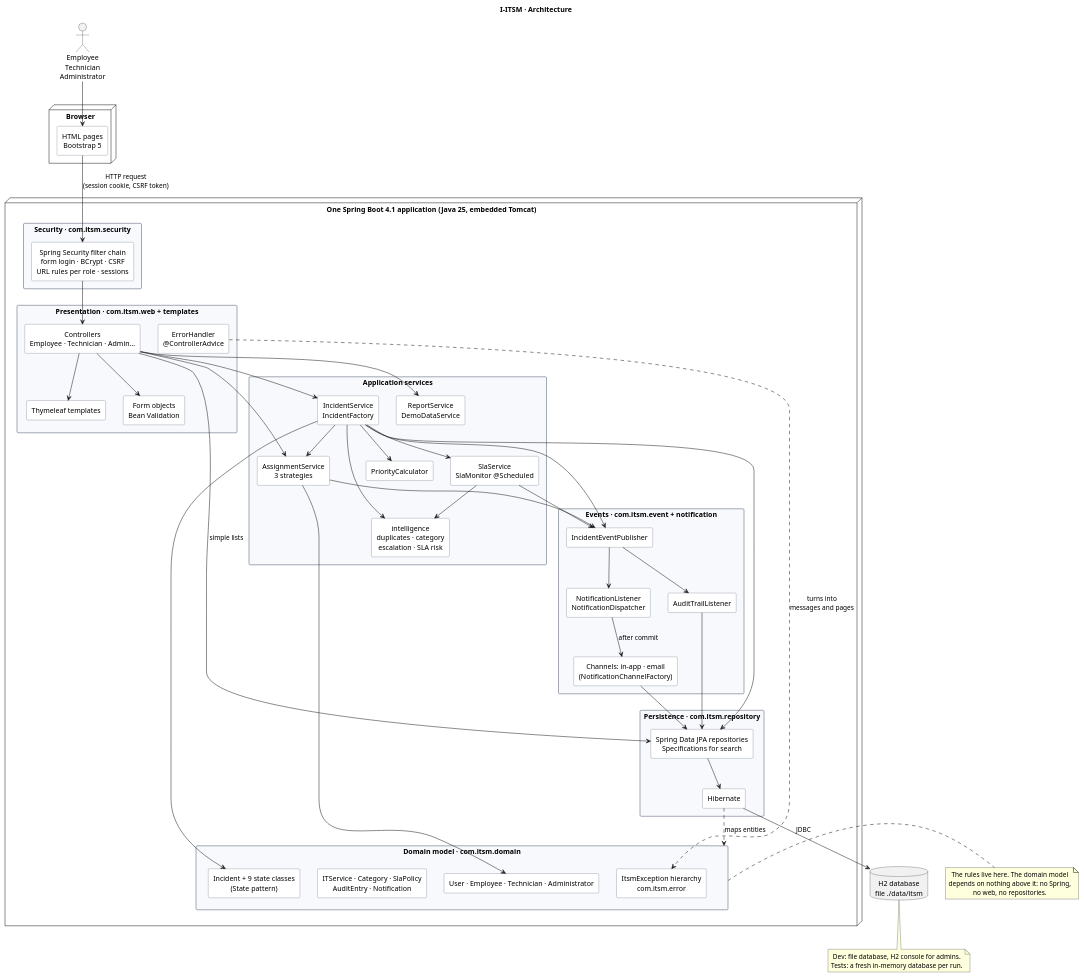
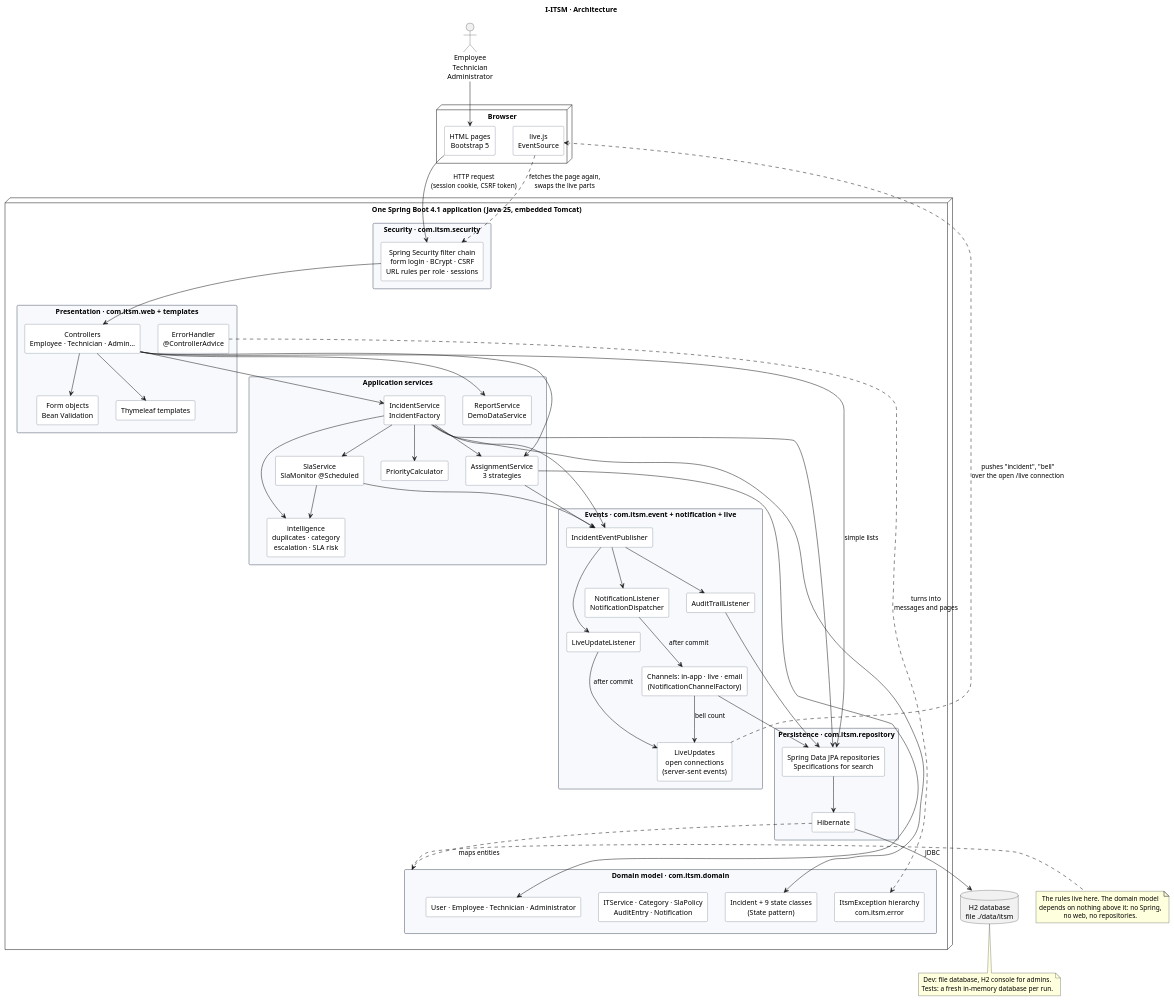
Before and after one commit to PresidentOfBirTawil/itsm: the diagram in docs/diagrams/architecture.puml, drawn with PlantUML. The commit also changed 37 other files, not shown here.

First line of the commit message:
Add live updates with server-sent events

```diff
--- a/docs/diagrams/architecture.puml
+++ b/docs/diagrams/architecture.puml
@@ -1,106 +1,114 @@
 @startuml architecture
 ' Layers and packages, and which way the dependencies point.
 title I-ITSM · Architecture
 
 skinparam shadowing false
 skinparam componentStyle rectangle
 skinparam defaultTextAlignment center
 skinparam rectangle {
   BackgroundColor #F7F9FC
   BorderColor #4A5568
 }
 skinparam component {
   BackgroundColor #FFFFFF
   BorderColor #4A5568
 }
 
 actor "Employee\nTechnician\nAdministrator" as User
 node "Browser" as Browser {
   [HTML pages\nBootstrap 5] as Pages
+  [live.js\nEventSource] as LiveJs
 }
 
 node "One Spring Boot 4.1 application (Java 25, embedded Tomcat)" as App {
 
   rectangle "Security · com.itsm.security" as SecurityLayer {
     [Spring Security filter chain\nform login · BCrypt · CSRF\nURL rules per role · sessions] as Filters
   }
 
   rectangle "Presentation · com.itsm.web + templates" as Web {
     [Controllers\nEmployee · Technician · Admin…] as Controllers
     [Form objects\nBean Validation] as Forms
     [Thymeleaf templates] as Views
     [ErrorHandler\n@ControllerAdvice] as Errors
   }
 
   rectangle "Application services" as Services {
     [IncidentService\nIncidentFactory] as IncidentSvc
     [AssignmentService\n3 strategies] as AssignSvc
     [SlaService\nSlaMonitor @Scheduled] as SlaSvc
     [ReportService\nDemoDataService] as ReportSvc
     [intelligence\nduplicates · category\nescalation · SLA risk] as Intel
     [PriorityCalculator] as Prio
   }
 
-  rectangle "Events · com.itsm.event + notification" as Events {
+  rectangle "Events · com.itsm.event + notification + live" as Events {
     [IncidentEventPublisher] as Publisher
     [AuditTrailListener] as AuditL
     [NotificationListener\nNotificationDispatcher] as NotifL
-    [Channels: in-app · email\n(NotificationChannelFactory)] as Channels
+    [Channels: in-app · live · email\n(NotificationChannelFactory)] as Channels
+    [LiveUpdateListener] as LiveL
+    [LiveUpdates\nopen connections\n(server-sent events)] as Live
   }
 
   rectangle "Domain model · com.itsm.domain" as Domain {
     [Incident + 9 state classes\n(State pattern)] as IncidentD
     [User · Employee · Technician · Administrator] as UsersD
     [ITService · Category · SlaPolicy\nAuditEntry · Notification] as OtherD
     [ItsmException hierarchy\ncom.itsm.error] as Exceptions
   }
 
   rectangle "Persistence · com.itsm.repository" as Persistence {
     [Spring Data JPA repositories\nSpecifications for search] as Repos
     [Hibernate] as Hibernate
   }
 }
 
 database "H2 database\nfile ./data/itsm" as DB
 
 User --> Pages
 Pages --> Filters : HTTP request\n(session cookie, CSRF token)
 Filters --> Controllers
 Controllers --> Forms
 Controllers --> Views
 Controllers --> IncidentSvc
 Controllers --> AssignSvc
 Controllers --> ReportSvc
 Controllers --> Repos : simple lists
 Errors ..> Exceptions : turns into\nmessages and pages
 IncidentSvc --> Prio
 IncidentSvc --> AssignSvc
 IncidentSvc --> SlaSvc
 IncidentSvc --> Intel
 IncidentSvc --> Publisher
 AssignSvc --> Publisher
 SlaSvc --> Publisher
 SlaSvc --> Intel
 Publisher --> AuditL
 Publisher --> NotifL
+Publisher --> LiveL
+LiveL --> Live : after commit
+Channels --> Live : bell count
+Live ..> LiveJs : pushes "incident", "bell"\nover the open /live connection
+LiveJs ..> Filters : fetches the page again,\nswaps the live parts
 NotifL --> Channels : after commit
 IncidentSvc --> IncidentD
 AssignSvc --> UsersD
 IncidentSvc --> Repos
 AuditL --> Repos
 Channels --> Repos
 Repos --> Hibernate
 Hibernate --> DB : JDBC
 Hibernate ..> Domain : maps entities
 
 note right of Domain
   The rules live here. The domain model
   depends on nothing above it: no Spring,
   no web, no repositories.
 end note
 
 note bottom of DB
   Dev: file database, H2 console for admins.
   Tests: a fresh in-memory database per run.
 end note
 @enduml
```
